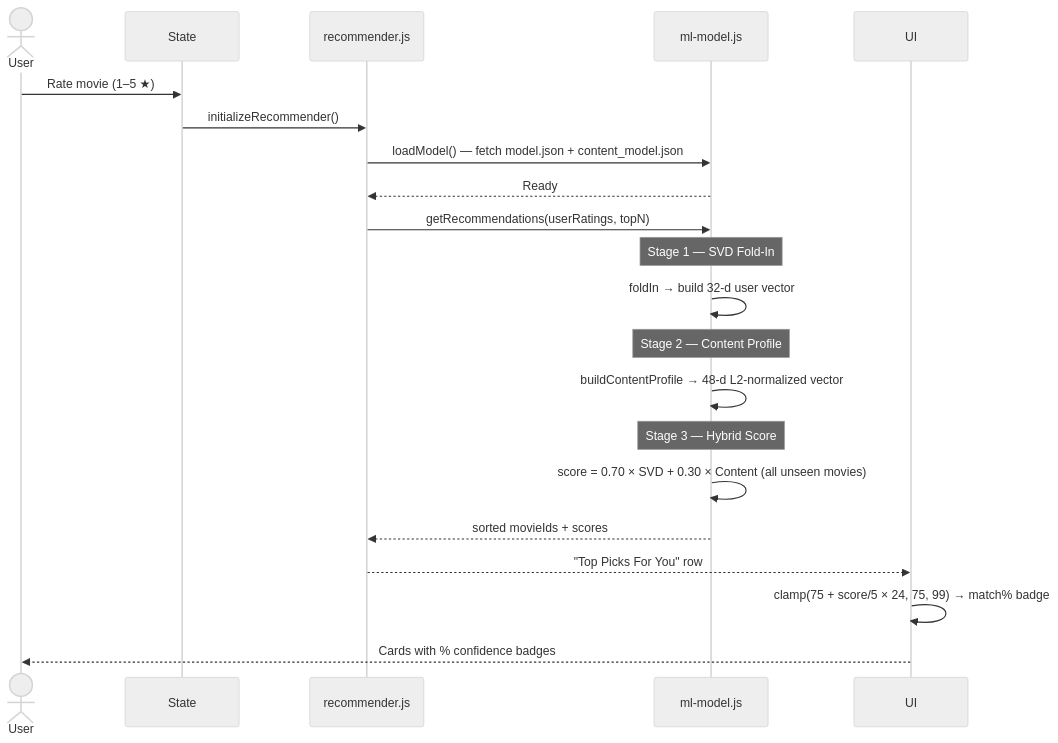
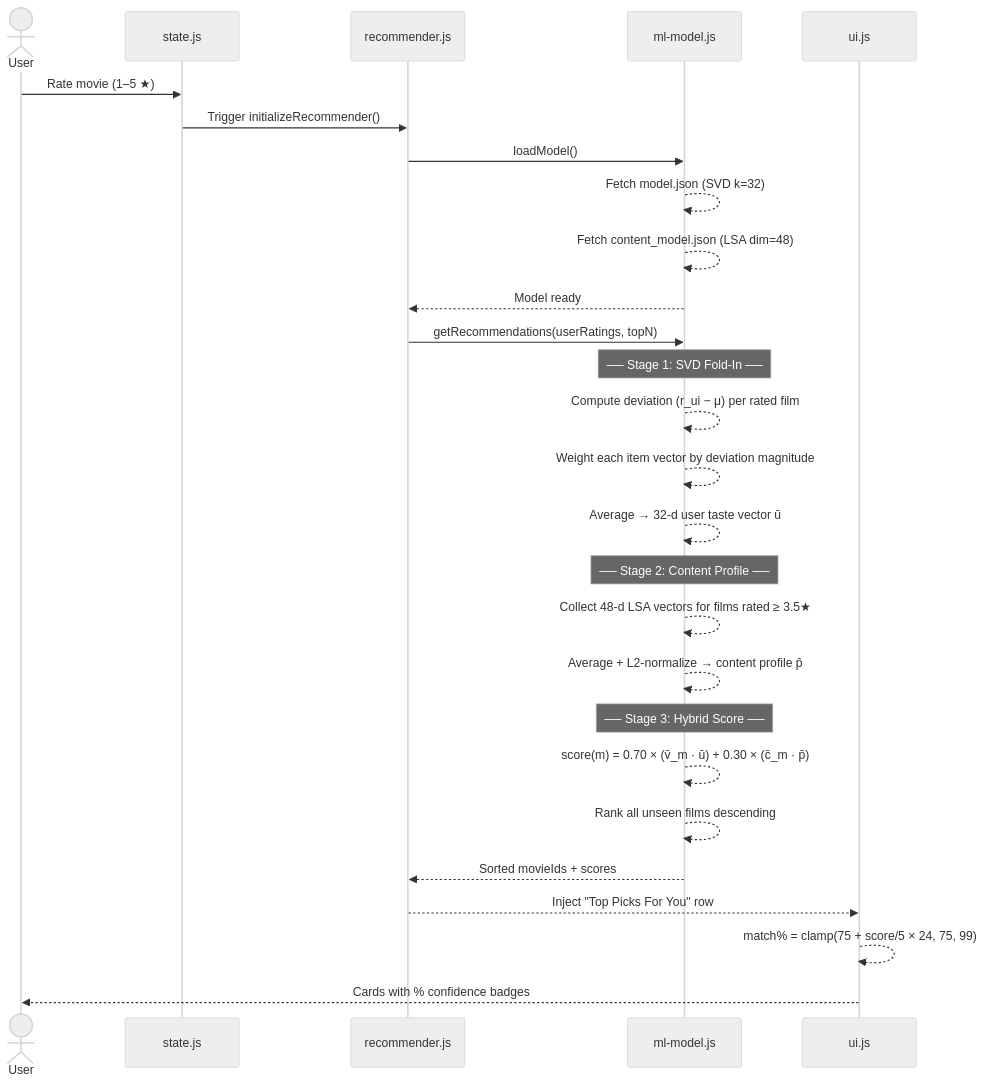
Before and after one commit to 4-thkind/Movie-Recommendation-Model: the third of 10 diagrams in README.md, drawn with Mermaid (neutral theme). The commit also changed other lines of this file, not shown here.

````diff
--- a/README.md
+++ b/README.md
@@ -142,28 +161,37 @@
 ```mermaid
 sequenceDiagram
     actor User
-    participant State
+    participant State as state.js
     participant Rec as recommender.js
     participant ML as ml-model.js
-    participant UI
+    participant UI as ui.js
 
     User->>State: Rate movie (1–5 ★)
-    State->>Rec: initializeRecommender()
-    Rec->>ML: loadModel() — fetch model.json + content_model.json
-    ML-->>Rec: Ready
+    State->>Rec: Trigger initializeRecommender()
+
+    Rec->>ML: loadModel()
+    ML-->>ML: Fetch model.json (SVD k=32)
+    ML-->>ML: Fetch content_model.json (LSA dim=48)
+    ML-->>Rec: Model ready
+
     Rec->>ML: getRecommendations(userRatings, topN)
 
-    Note over ML: Stage 1 — SVD Fold-In
-    ML->>ML: foldIn → build 32-d user vector
+    Note over ML: ── Stage 1: SVD Fold-In ──
+    ML-->>ML: Compute deviation (r_ui − μ) per rated film
+    ML-->>ML: Weight each item vector by deviation magnitude
+    ML-->>ML: Average → 32-d user taste vector ū
 
-    Note over ML: Stage 2 — Content Profile
-    ML->>ML: buildContentProfile → 48-d L2-normalized vector
+    Note over ML: ── Stage 2: Content Profile ──
+    ML-->>ML: Collect 48-d LSA vectors for films rated ≥ 3.5★
+    ML-->>ML: Average + L2-normalize → content profile p̄
 
-    Note over ML: Stage 3 — Hybrid Score
-    ML->>ML: score = 0.70 × SVD + 0.30 × Content (all unseen movies)
+    Note over ML: ── Stage 3: Hybrid Score ──
+    ML-->>ML: score(m) = 0.70 × (v̄_m · ū) + 0.30 × (c̄_m · p̄)
+    ML-->>ML: Rank all unseen films descending
 
-    ML-->>Rec: sorted movieIds + scores
-    Rec-->>UI: "Top Picks For You" row
-    UI->>UI: clamp(75 + score/5 × 24, 75, 99) → match% badge
+    ML-->>Rec: Sorted movieIds + scores
+    Rec-->>UI: Inject "Top Picks For You" row
+
+    UI-->>UI: match% = clamp(75 + score/5 × 24, 75, 99)
     UI-->>User: Cards with % confidence badges
 ```
````
